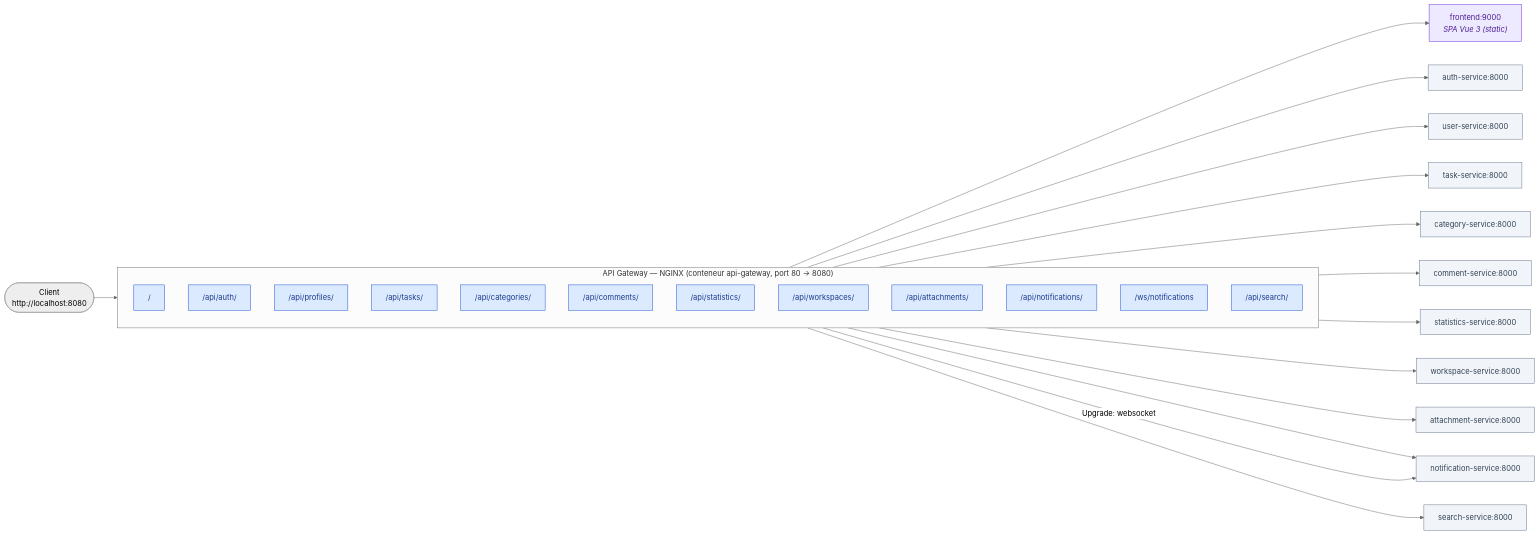
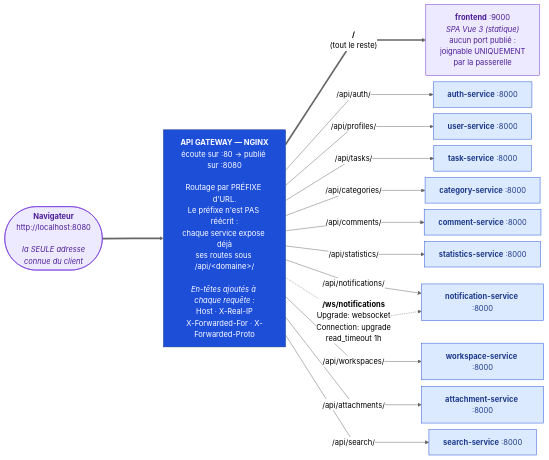
Before and after one commit to Chipop/microservices-PFE: the diagram in rapport/diagrams/02-routage-nginx.mmd, drawn with Mermaid. The commit also changed 6 other files, not shown here.

```diff
--- a/rapport/diagrams/02-routage-nginx.mmd
+++ b/rapport/diagrams/02-routage-nginx.mmd
@@ -1,53 +1,44 @@
-%%{init: {'theme':'neutral'}}%%
+%%{init: {'theme':'neutral', 'flowchart': {'curve':'linear', 'nodeSpacing':14, 'rankSpacing':130}}}%%
 flowchart LR
-    C(["Client<br/>http://localhost:8080"])
+    C(["<b>Navigateur</b><br/>http://localhost:8080<br/><br/><i>la SEULE adresse<br/>connue du client</i>"])
 
-    subgraph NGINX["API Gateway — NGINX (conteneur api-gateway, port 80 → 8080)"]
-        direction TB
-        R1["/"]
-        R2["/api/auth/"]
-        R3["/api/profiles/"]
-        R4["/api/tasks/"]
-        R5["/api/categories/"]
-        R6["/api/comments/"]
-        R7["/api/statistics/"]
-        R8["/api/workspaces/"]
-        R9["/api/attachments/"]
-        R10["/api/notifications/"]
-        R11["/ws/notifications"]
-        R12["/api/search/"]
-    end
+    GW["<b>API GATEWAY — NGINX</b><br/>écoute sur :80 → publié sur :8080<br/><br/>Routage par PRÉFIXE d'URL.<br/>Le préfixe n'est PAS réécrit :<br/>chaque service expose déjà<br/>ses routes sous /api/&lt;domaine&gt;/<br/><br/><i>En-têtes ajoutés à chaque requête :</i><br/>Host · X-Real-IP<br/>X-Forwarded-For · X-Forwarded-Proto"]
 
-    F["frontend:9000<br/><i>SPA Vue 3 (static)</i>"]
-    S2["auth-service:8000"]
-    S3["user-service:8000"]
-    S4["task-service:8000"]
-    S5["category-service:8000"]
-    S6["comment-service:8000"]
-    S7["statistics-service:8000"]
-    S8["workspace-service:8000"]
-    S9["attachment-service:8000"]
-    S10["notification-service:8000"]
-    S12["search-service:8000"]
+    FE["<b>frontend</b> :9000<br/><i>SPA Vue 3 (statique)</i><br/>aucun port publié :<br/>joignable UNIQUEMENT<br/>par la passerelle"]
 
-    C --> NGINX
+    S1["<b>auth-service</b> :8000"]
+    S2["<b>user-service</b> :8000"]
+    S3["<b>task-service</b> :8000"]
+    S4["<b>category-service</b> :8000"]
+    S5["<b>comment-service</b> :8000"]
+    S6["<b>statistics-service</b> :8000"]
+    S7["<b>notification-service</b> :8000"]
+    S8["<b>workspace-service</b> :8000"]
+    S9["<b>attachment-service</b> :8000"]
+    S10["<b>search-service</b> :8000"]
 
-    R1  --> F
-    R2  --> S2
-    R3  --> S3
-    R4  --> S4
-    R5  --> S5
-    R6  --> S6
-    R7  --> S7
-    R8  --> S8
-    R9  --> S9
-    R10 --> S10
-    R11 -- "Upgrade: websocket" --> S10
-    R12 --> S12
+    C ==> GW
 
-    classDef route fill:#dbeafe,stroke:#1d4ed8,color:#1e3a8a
-    classDef svc fill:#f1f5f9,stroke:#64748b,color:#334155
+    GW == "<b>/</b><br/>(tout le reste)" ==> FE
+
+    GW -- "/api/auth/" --> S1
+    GW -- "/api/profiles/" --> S2
+    GW -- "/api/tasks/" --> S3
+    GW -- "/api/categories/" --> S4
+    GW -- "/api/comments/" --> S5
+    GW -- "/api/statistics/" --> S6
+    GW -- "/api/notifications/" --> S7
+    GW -- "/api/workspaces/" --> S8
+    GW -- "/api/attachments/" --> S9
+    GW -- "/api/search/" --> S10
+
+    GW -. "<b>/ws/notifications</b><br/>Upgrade: websocket<br/>Connection: upgrade<br/>read_timeout 1h" .-> S7
+
+    classDef cli fill:#ede9fe,stroke:#6d28d9,color:#4c1d95
+    classDef gw fill:#1d4ed8,stroke:#1e3a8a,color:#fff
     classDef spa fill:#ede9fe,stroke:#6d28d9,color:#4c1d95
-    class R1,R2,R3,R4,R5,R6,R7,R8,R9,R10,R11,R12 route
-    class S2,S3,S4,S5,S6,S7,S8,S9,S10,S12 svc
-    class F spa
+    classDef svc fill:#dbeafe,stroke:#1d4ed8,color:#1e3a8a
+    class C cli
+    class GW gw
+    class FE spa
+    class S1,S2,S3,S4,S5,S6,S7,S8,S9,S10 svc
```
